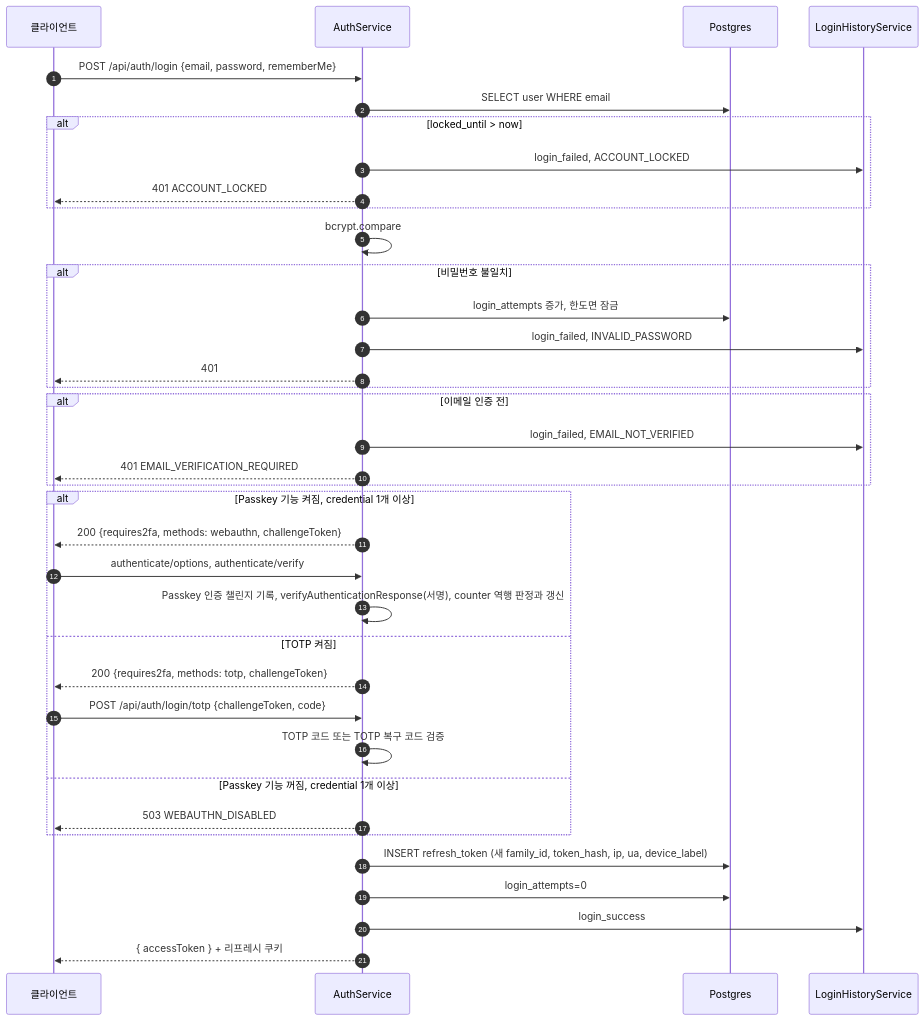
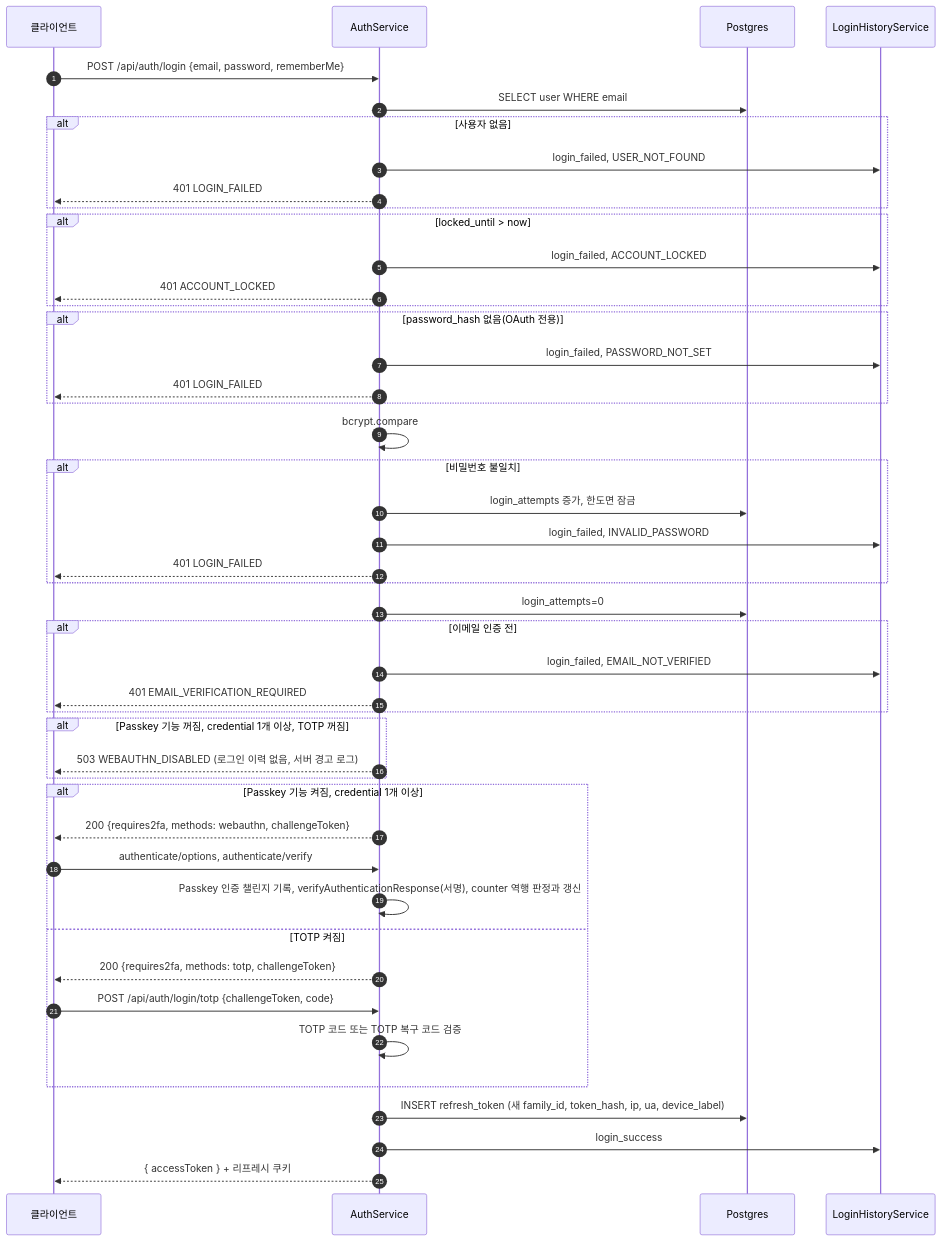
Before and after one commit to worker-ants/clemvion: the third of 13 diagrams in spec/CLE-ACCT/CLE-ACCT-DATA.md, drawn with Mermaid. The commit also changed other lines of this file and 41 other files, not shown here.

````diff
--- a/spec/CLE-ACCT/CLE-ACCT-DATA.md
+++ b/spec/CLE-ACCT/CLE-ACCT-DATA.md
@@ -255,39 +255,48 @@
 ```mermaid
 sequenceDiagram
   autonumber
   participant C as 클라이언트
   participant Svc as AuthService
   participant PG as Postgres
   participant Hist as LoginHistoryService
   C->>Svc: POST /api/auth/login {email, password, rememberMe}
   Svc->>PG: SELECT user WHERE email
+  alt 사용자 없음
+    Svc->>Hist: login_failed, USER_NOT_FOUND
+    Svc-->>C: 401 LOGIN_FAILED
+  end
   alt locked_until > now
     Svc->>Hist: login_failed, ACCOUNT_LOCKED
     Svc-->>C: 401 ACCOUNT_LOCKED
+  end
+  alt password_hash 없음(OAuth 전용)
+    Svc->>Hist: login_failed, PASSWORD_NOT_SET
+    Svc-->>C: 401 LOGIN_FAILED
   end
   Svc->>Svc: bcrypt.compare
   alt 비밀번호 불일치
     Svc->>PG: login_attempts 증가, 한도면 잠금
     Svc->>Hist: login_failed, INVALID_PASSWORD
-    Svc-->>C: 401
+    Svc-->>C: 401 LOGIN_FAILED
   end
+  Svc->>PG: login_attempts=0
   alt 이메일 인증 전
     Svc->>Hist: login_failed, EMAIL_NOT_VERIFIED
     Svc-->>C: 401 EMAIL_VERIFICATION_REQUIRED
+  end
+  alt Passkey 기능 꺼짐, credential 1개 이상, TOTP 꺼짐
+    Svc-->>C: 503 WEBAUTHN_DISABLED (로그인 이력 없음, 서버 경고 로그)
   end
   alt Passkey 기능 켜짐, credential 1개 이상
     Svc-->>C: 200 {requires2fa, methods: webauthn, challengeToken}
     C->>Svc: authenticate/options, authenticate/verify
     Svc->>Svc: Passkey 인증 챌린지 기록, verifyAuthenticationResponse(서명), counter 역행 판정과 갱신
   else TOTP 켜짐
     Svc-->>C: 200 {requires2fa, methods: totp, challengeToken}
     C->>Svc: POST /api/auth/login/totp {challengeToken, code}
     Svc->>Svc: TOTP 코드 또는 TOTP 복구 코드 검증
-  else Passkey 기능 꺼짐, credential 1개 이상
-    Svc-->>C: 503 WEBAUTHN_DISABLED
   end
   Svc->>PG: INSERT refresh_token (새 family_id, token_hash, ip, ua, device_label)
-  Svc->>PG: login_attempts=0
   Svc->>Hist: login_success
   Svc-->>C: { accessToken } + 리프레시 쿠키
 ```
````
